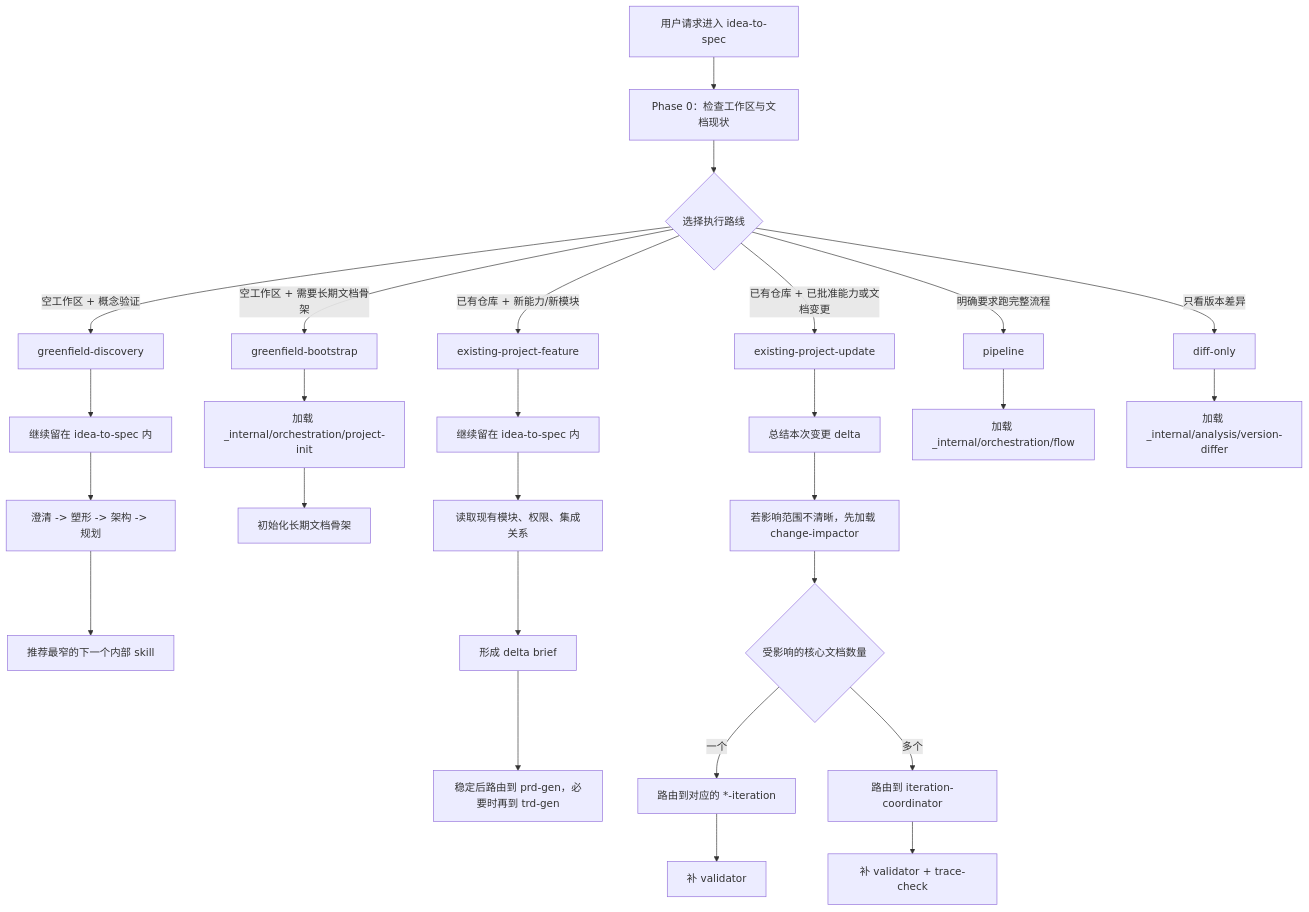
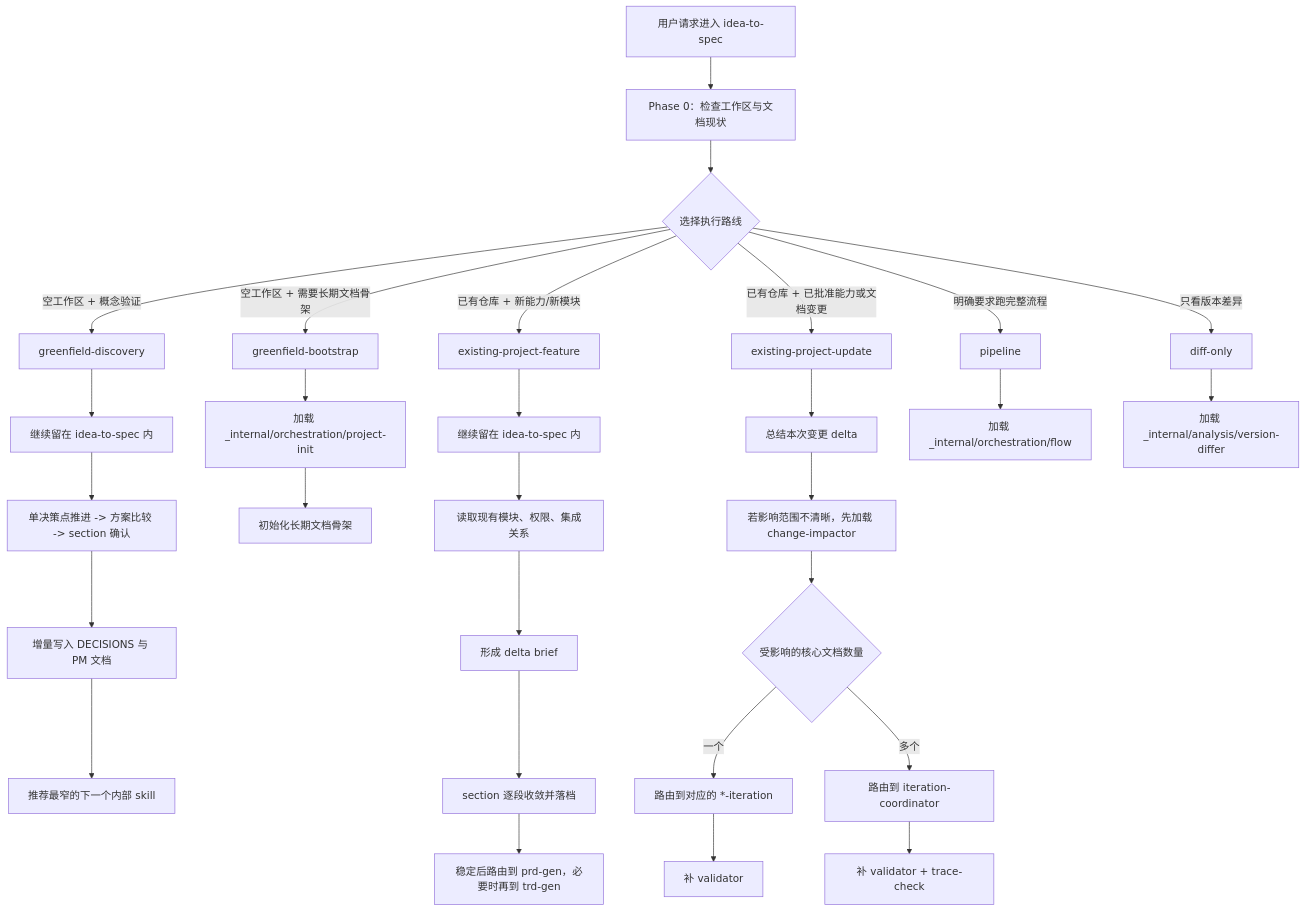
Before and after one commit to Neplich/dev-agent-skills: the diagram in agents/product_manager/skills/idea-to-spec/README.md, drawn with Mermaid. The commit also changed other lines of this file and 64 other files, not shown here.

````diff
--- a/agents/product_manager/skills/idea-to-spec/README.md
+++ b/agents/product_manager/skills/idea-to-spec/README.md
@@ -17,35 +30,37 @@
 ```mermaid
 flowchart TD
   A["用户请求进入 idea-to-spec"] --> B["Phase 0：检查工作区与文档现状"]
   B --> C{"选择执行路线"}
 
   C -->|空工作区 + 概念验证| D["greenfield-discovery"]
   C -->|空工作区 + 需要长期文档骨架| E["greenfield-bootstrap"]
   C -->|已有仓库 + 新能力/新模块| F["existing-project-feature"]
   C -->|已有仓库 + 已批准能力或文档变更| G["existing-project-update"]
   C -->|明确要求跑完整流程| H["pipeline"]
   C -->|只看版本差异| I["diff-only"]
 
   D --> D1["继续留在 idea-to-spec 内"]
-  D1 --> D2["澄清 -> 塑形 -> 架构 -> 规划"]
-  D2 --> D3["推荐最窄的下一个内部 skill"]
+  D1 --> D2["单决策点推进 -> 方案比较 -> section 确认"]
+  D2 --> D3["增量写入 DECISIONS 与 PM 文档"]
+  D3 --> D4["推荐最窄的下一个内部 skill"]
 
   E --> E1["加载 _internal/orchestration/project-init"]
   E1 --> E2["初始化长期文档骨架"]
 
   F --> F1["继续留在 idea-to-spec 内"]
   F1 --> F2["读取现有模块、权限、集成关系"]
   F2 --> F3["形成 delta brief"]
-  F3 --> F4["稳定后路由到 prd-gen，必要时再到 trd-gen"]
+  F3 --> F4["section 逐段收敛并落档"]
+  F4 --> F5["稳定后路由到 prd-gen，必要时再到 trd-gen"]
 
   G --> G1["总结本次变更 delta"]
   G1 --> G2["若影响范围不清晰，先加载 change-impactor"]
   G2 --> G3{"受影响的核心文档数量"}
   G3 -->|一个| G4["路由到对应的 *-iteration"]
   G3 -->|多个| G5["路由到 iteration-coordinator"]
   G4 --> G6["补 validator"]
   G5 --> G7["补 validator + trace-check"]
 
   H --> H1["加载 _internal/orchestration/flow"]
   I --> I1["加载 _internal/analysis/version-differ"]
 ```
````
